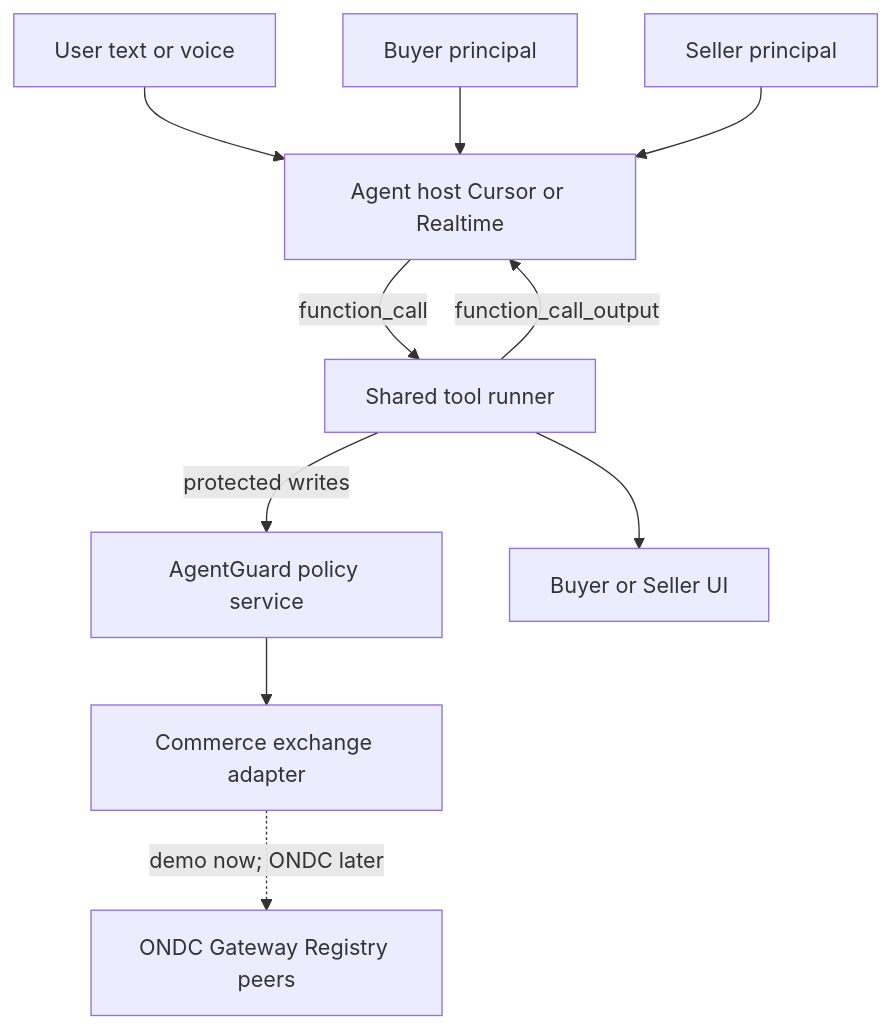
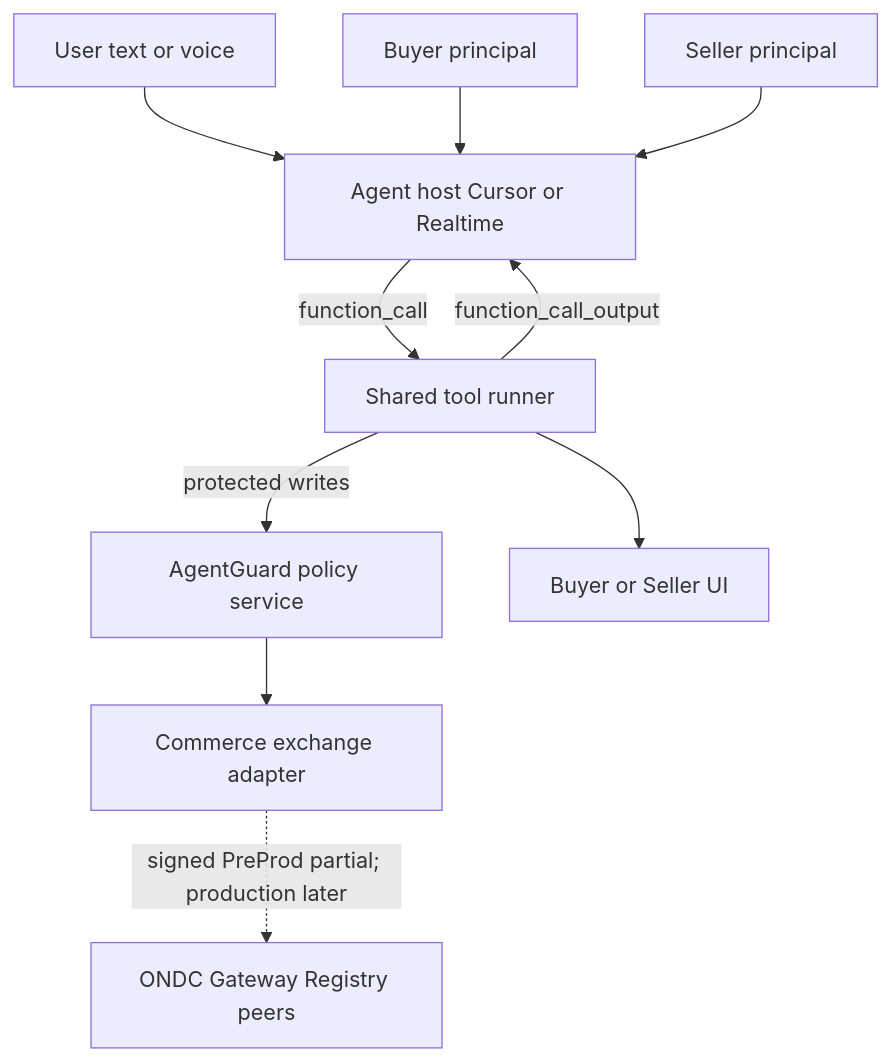
One commit to ingpoc/aadhaarchain-workspace changed the first of 2 diagrams in ARCHITECTURE.md. Above: the diagram before and after it, drawn with Mermaid. The commit also changed other lines of this file and 1494 other files, not shown here.

````diff
--- a/ARCHITECTURE.md
+++ b/ARCHITECTURE.md
@@ -38,19 +41,19 @@
 ```mermaid
 flowchart TB
   user[User text or voice]
   host[Agent host Cursor or Realtime]
   tools[Shared tool runner]
   ag[AgentGuard policy service]
   ui[Buyer or Seller UI]
   x[Commerce exchange adapter]
 
   user --> host
   host -->|"function_call"| tools
   tools --> ui
   tools -->|"protected writes"| ag
   ag --> x
   tools -->|"function_call_output"| host
   BP[Buyer principal] --> host
   SP[Seller principal] --> host
-  x -. "demo now; ONDC later" .-> N[ONDC Gateway Registry peers]
+  x -. "signed PreProd partial; production later" .-> N[ONDC Gateway Registry peers]
 ```
````
